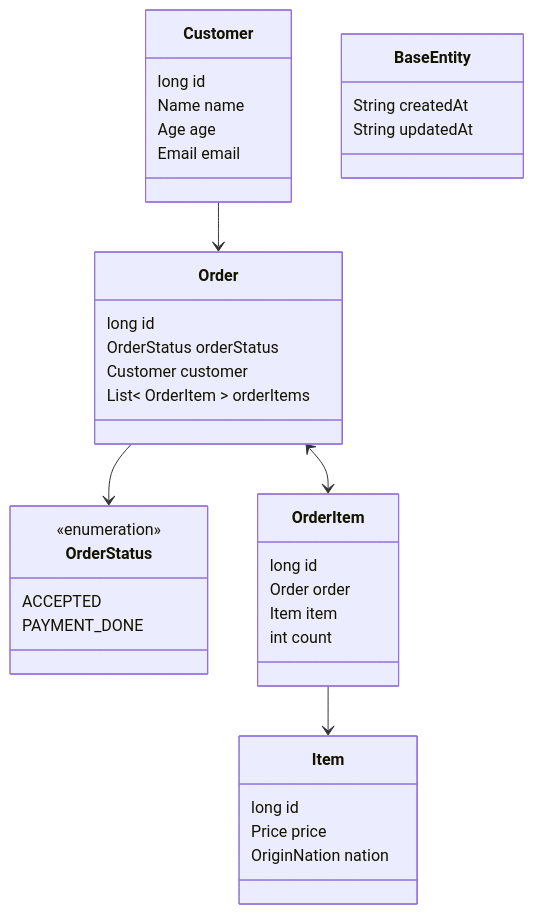
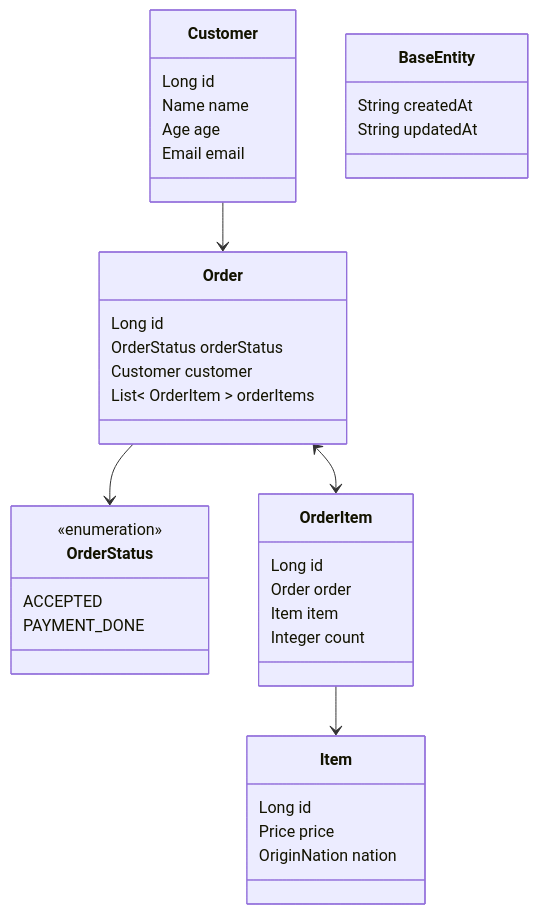
The diagram in mission3.mermaid (prgrms-be-devcourse/springboot-jpa), drawn with Mermaid before and after one commit. The commit also changed 3 other files, not shown here.

```diff
--- a/mission3.mermaid
+++ b/mission3.mermaid
@@ -1,47 +1,47 @@
 classDiagram
 %%    Order : OrderItem = 일대다
 %%    OrderItem : Item = 일대다//다대일ㄹㅣ
 %%    Customer : Order = 일대다
 %%    Order - OrderItem - Item
 
     class Customer {
-        long id
+        Long id
         Name name
         Age age
         Email email
     }
     Customer --> Order
 
     class Order {
-        long id
+        Long id
         OrderStatus orderStatus
         Customer customer
         List< OrderItem > orderItems
     }
 
     class OrderStatus {
         <<enumeration>>
         ACCEPTED
         PAYMENT_DONE
     }
     Order --> OrderStatus
 
     class OrderItem {
-        long id
+        Long id
         Order order
         Item item
-        int count
+        Integer count
     }
     Order <--> OrderItem
 
     class Item {
-        long id
+        Long id
         Price price
         OriginNation nation
     }
     OrderItem --> Item
 
     class BaseEntity {
         String createdAt
         String updatedAt
     }
```
